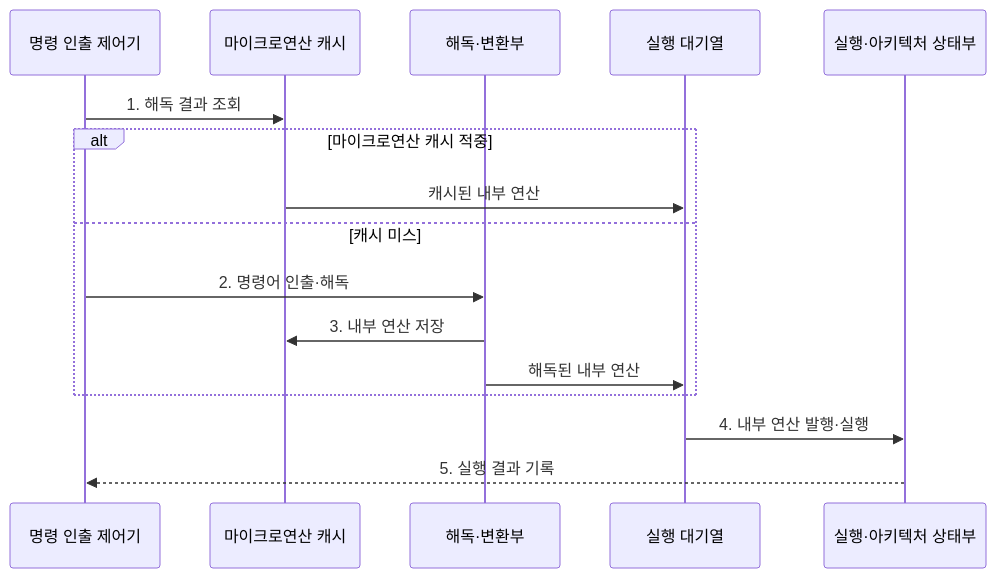
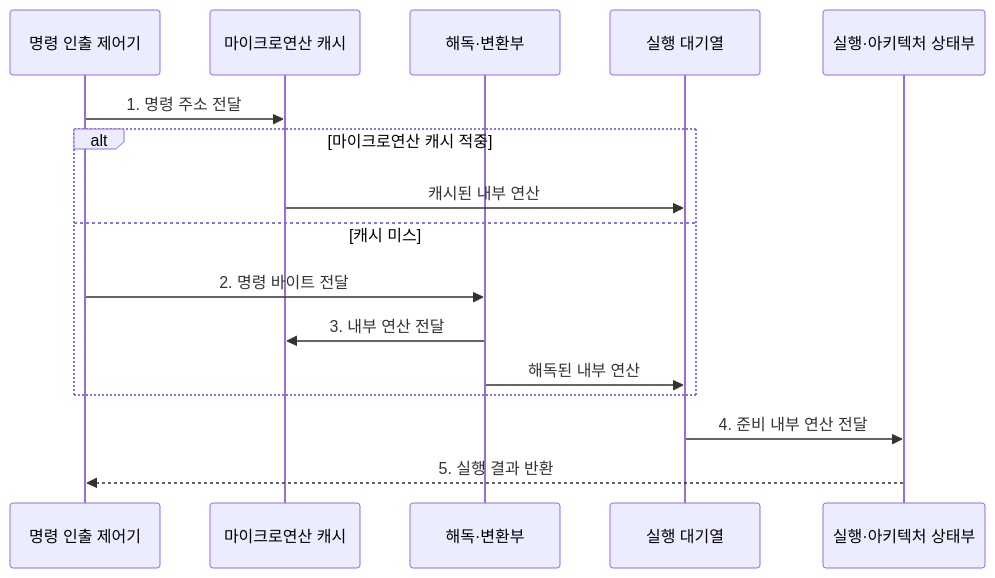
Before and after one commit to agnusdei1207/knowledge-base: the second of 2 diagrams in src/content/docs/notes/02-hardware/003_risc_vs_cisc.md, drawn with Mermaid. The commit also changed other lines of this file and 20 other files, not shown here.

````diff
--- a/src/content/docs/notes/02-hardware/003_risc_vs_cisc.md
+++ b/src/content/docs/notes/02-hardware/003_risc_vs_cisc.md
@@ -91,18 +90,18 @@
 ```mermaid
 sequenceDiagram
     participant F as 명령 인출 제어기
     participant U as 마이크로연산 캐시
     participant D as 해독·변환부
     participant Q as 실행 대기열
     participant E as 실행·아키텍처 상태부
-    F->>U: 1. 해독 결과 조회
+    F->>U: 1. 명령 주소 전달
     alt 마이크로연산 캐시 적중
         U->>Q: 캐시된 내부 연산
     else 캐시 미스
-        F->>D: 2. 명령어 인출·해독
-        D->>U: 3. 내부 연산 저장
+        F->>D: 2. 명령 바이트 전달
+        D->>U: 3. 내부 연산 전달
         D->>Q: 해독된 내부 연산
     end
-    Q->>E: 4. 내부 연산 발행·실행
-    E-->>F: 5. 실행 결과 기록
+    Q->>E: 4. 준비 내부 연산 전달
+    E-->>F: 5. 실행 결과 반환
 ```
````
